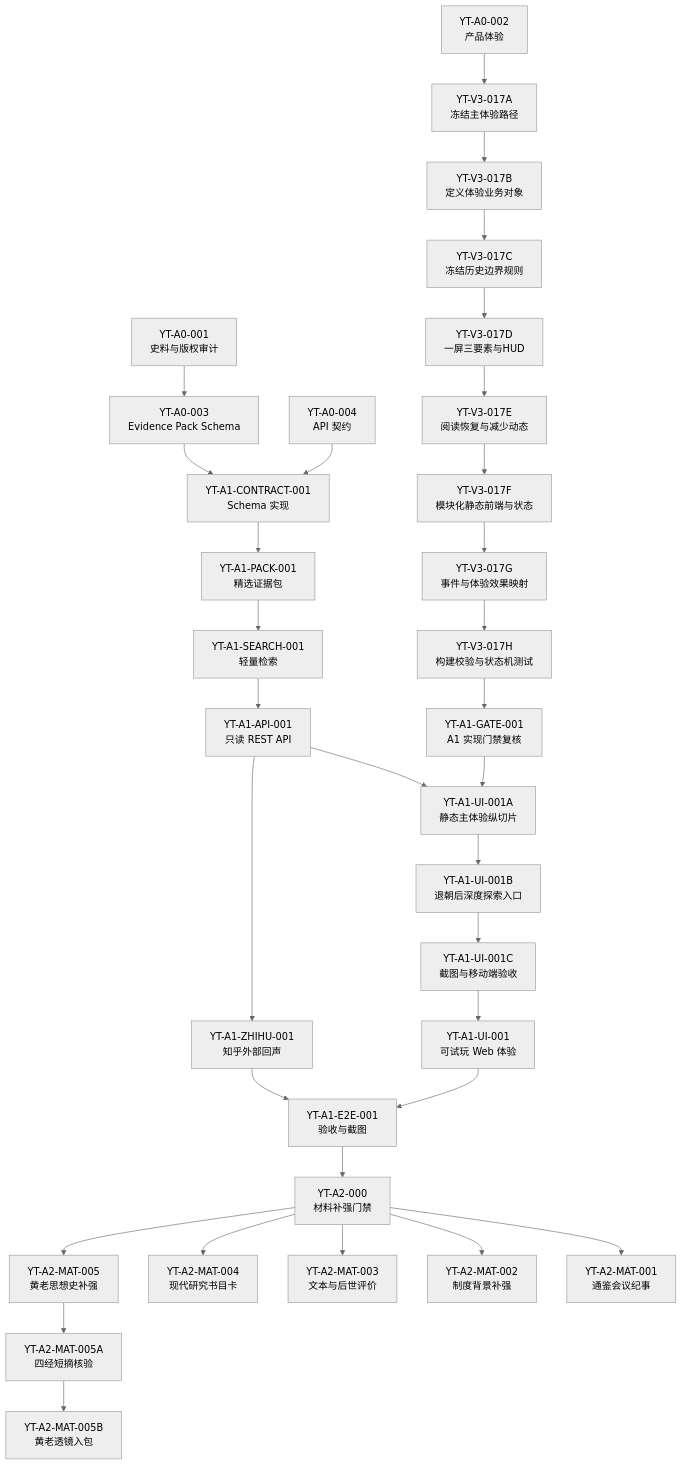
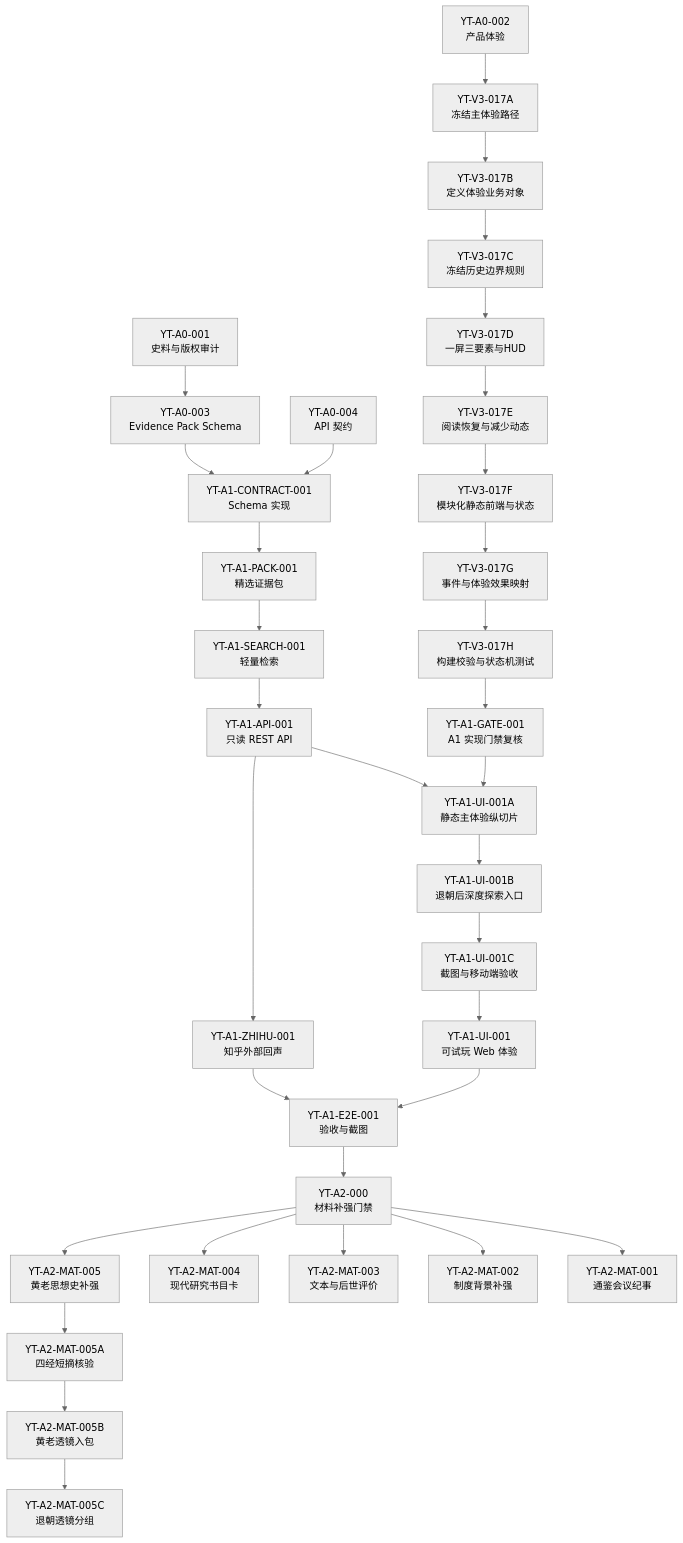
The diagram in docs/YANTIE_TASK_BREAKDOWN.md (baijianqing/yantie-history), drawn with Mermaid (neutral theme) before and after one commit. The commit also changed other lines of this file and 3 other files, not shown here.

````diff
--- a/docs/YANTIE_TASK_BREAKDOWN.md
+++ b/docs/YANTIE_TASK_BREAKDOWN.md
@@ -24,35 +24,36 @@
 ```mermaid
 flowchart TB
     A001["YT-A0-001<br/>史料与版权审计"] --> A003["YT-A0-003<br/>Evidence Pack Schema"]
     A002["YT-A0-002<br/>产品体验"]
     A003 --> C001["YT-A1-CONTRACT-001<br/>Schema 实现"]
     A004["YT-A0-004<br/>API 契约"] --> C001
     C001 --> P001["YT-A1-PACK-001<br/>精选证据包"]
     P001 --> S001["YT-A1-SEARCH-001<br/>轻量检索"]
     S001 --> API001["YT-A1-API-001<br/>只读 REST API"]
     API001 --> UI001A["YT-A1-UI-001A<br/>静态主体验纵切片"]
     UI001A --> UI001B["YT-A1-UI-001B<br/>退朝后深度探索入口"]
     UI001B --> UI001C["YT-A1-UI-001C<br/>截图与移动端验收"]
     UI001C --> UI001["YT-A1-UI-001<br/>可试玩 Web 体验"]
     API001 --> ZH001["YT-A1-ZHIHU-001<br/>知乎外部回声"]
     UI001 --> E2E001["YT-A1-E2E-001<br/>验收与截图"]
     ZH001 --> E2E001
     E2E001 --> A2000["YT-A2-000<br/>材料补强门禁"]
     A2000 --> A2MAT001["YT-A2-MAT-001<br/>通鉴会议纪事"]
     A2000 --> A2MAT002["YT-A2-MAT-002<br/>制度背景补强"]
     A2000 --> A2MAT003["YT-A2-MAT-003<br/>文本与后世评价"]
     A2000 --> A2MAT004["YT-A2-MAT-004<br/>现代研究书目卡"]
     A2000 --> A2MAT005["YT-A2-MAT-005<br/>黄老思想史补强"]
     A2MAT005 --> A2MAT005A["YT-A2-MAT-005A<br/>四经短摘核验"]
     A2MAT005A --> A2MAT005B["YT-A2-MAT-005B<br/>黄老透镜入包"]
+    A2MAT005B --> A2MAT005C["YT-A2-MAT-005C<br/>退朝透镜分组"]
     A002 --> V3017A["YT-V3-017A<br/>冻结主体验路径"]
     V3017A --> V3017B["YT-V3-017B<br/>定义体验业务对象"]
     V3017B --> V3017C["YT-V3-017C<br/>冻结历史边界规则"]
     V3017C --> V3017D["YT-V3-017D<br/>一屏三要素与HUD"]
     V3017D --> V3017E["YT-V3-017E<br/>阅读恢复与减少动态"]
     V3017E --> V3017F["YT-V3-017F<br/>模块化静态前端与状态"]
     V3017F --> V3017G["YT-V3-017G<br/>事件与体验效果映射"]
     V3017G --> V3017H["YT-V3-017H<br/>构建校验与状态机测试"]
     V3017H --> GATE001["YT-A1-GATE-001<br/>A1 实现门禁复核"]
     GATE001 --> UI001A
 ```
````
